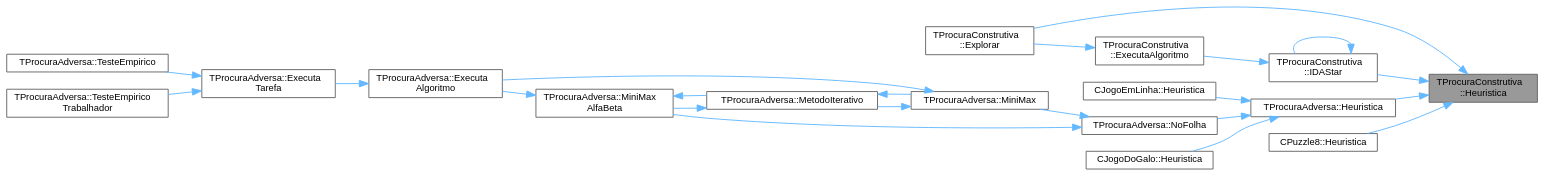
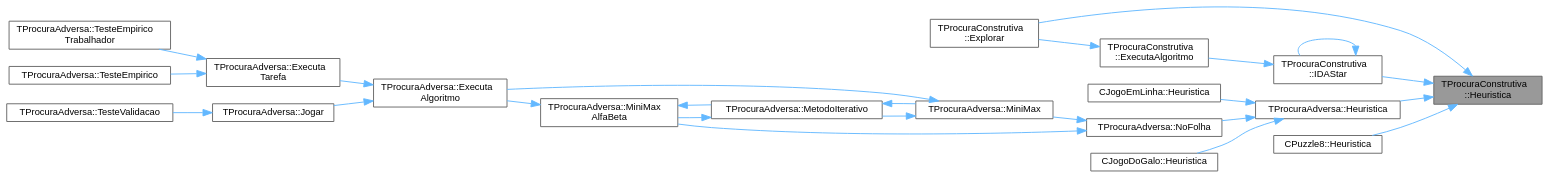
One commit to jcoelho72/TProcura changed the diagram in group__RedefinicaoSugerida_ga0e8bb1bd33683545dc4f8f6329548b40_icgraph.dot. Above: the diagram before and after it, drawn with Graphviz. The commit also changed 175 other files, not shown here.

```diff
--- a/group__RedefinicaoSugerida_ga0e8bb1bd33683545dc4f8f6329548b40_icgraph.dot
+++ b/group__RedefinicaoSugerida_ga0e8bb1bd33683545dc4f8f6329548b40_icgraph.dot
@@ -1,45 +1,49 @@
 digraph "TProcuraConstrutiva::Heuristica"
 {
  // LATEX_PDF_SIZE
   bgcolor="transparent";
   edge [fontname=Helvetica,fontsize=10,labelfontname=Helvetica,labelfontsize=10];
   node [fontname=Helvetica,fontsize=10,shape=box,height=0.2,width=0.4];
   rankdir="RL";
   Node1 [id="Node000001",label="TProcuraConstrutiva\l::Heuristica",height=0.2,width=0.4,color="gray40", fillcolor="grey60", style="filled", fontcolor="black",tooltip="Função para calcular quanto falta para o final, o valor da heurística."];
   Node1 -> Node2 [id="edge1_Node000001_Node000002",dir="back",color="steelblue1",style="solid",tooltip=" "];
   Node2 [id="Node000002",label="TProcuraConstrutiva\l::Explorar",height=0.2,width=0.4,color="grey40", fillcolor="white", style="filled",URL="$classTProcuraConstrutiva.html#a9d8202d80510018d01a9807f3852b59f",tooltip="definir para explorar manualmente os dados (não definido em TProcura, apenas em TProcuraConstrutiva)"];
   Node1 -> Node3 [id="edge2_Node000001_Node000003",dir="back",color="steelblue1",style="solid",tooltip=" "];
   Node3 [id="Node000003",label="TProcuraAdversa::Heuristica",height=0.2,width=0.4,color="grey40", fillcolor="white", style="filled",URL="$classTProcuraAdversa.html#a75e148ba0a922339333940828366aed6",tooltip="chamar após calcular a heurística (grava o valor, dependendo da parametrização)"];
   Node3 -> Node4 [id="edge3_Node000003_Node000004",dir="back",color="steelblue1",style="solid",tooltip=" "];
   Node4 [id="Node000004",label="CJogoDoGalo::Heuristica",height=0.2,width=0.4,color="grey40", fillcolor="white", style="filled",URL="$classCJogoDoGalo.html#a3563839d5ffc94973acee1a1783e3527",tooltip="Função para calcular quanto falta para o final, o valor da heurística."];
   Node3 -> Node5 [id="edge4_Node000003_Node000005",dir="back",color="steelblue1",style="solid",tooltip=" "];
   Node5 [id="Node000005",label="CJogoEmLinha::Heuristica",height=0.2,width=0.4,color="grey40", fillcolor="white", style="filled",URL="$classCJogoEmLinha.html#afe8d4a92e1840c1436c295c5a13760db",tooltip="Função para calcular quanto falta para o final, o valor da heurística."];
   Node3 -> Node6 [id="edge5_Node000003_Node000006",dir="back",color="steelblue1",style="solid",tooltip=" "];
   Node6 [id="Node000006",label="TProcuraAdversa::NoFolha",height=0.2,width=0.4,color="grey40", fillcolor="white", style="filled",URL="$classTProcuraAdversa.html#a01ed7d4718647eb52723ecffaf68aa4b",tooltip="fim da procura, por corte de nível (ou não haver sucessores), retornar heurística"];
   Node6 -> Node7 [id="edge6_Node000006_Node000007",dir="back",color="steelblue1",style="solid",tooltip=" "];
   Node7 [id="Node000007",label="TProcuraAdversa::MiniMax",height=0.2,width=0.4,color="grey40", fillcolor="white", style="filled",URL="$classTProcuraAdversa.html#a4d8542bcb03f17da8aa3038384104f24",tooltip="retorna o valor do estado actual, apos procura de profundidade nivel"];
   Node7 -> Node8 [id="edge7_Node000007_Node000008",dir="back",color="steelblue1",style="solid",tooltip=" "];
   Node8 [id="Node000008",label="TProcuraAdversa::Executa\lAlgoritmo",height=0.2,width=0.4,color="grey40", fillcolor="white", style="filled",URL="$classTProcuraAdversa.html#aff6f48defaa10c14d160ac3990fd029b",tooltip="Executa o algoritmo com os parametros atuais."];
   Node8 -> Node9 [id="edge8_Node000008_Node000009",dir="back",color="steelblue1",style="solid",tooltip=" "];
   Node9 [id="Node000009",label="TProcuraAdversa::Executa\lTarefa",height=0.2,width=0.4,color="grey40", fillcolor="white", style="filled",URL="$classTProcuraAdversa.html#aad206751268402eef355dd89415d1865",tooltip="Executa uma tarefa num teste empírico."];
   Node9 -> Node10 [id="edge9_Node000009_Node000010",dir="back",color="steelblue1",style="solid",tooltip=" "];
   Node10 [id="Node000010",label="TProcuraAdversa::TesteEmpirico",height=0.2,width=0.4,color="grey40", fillcolor="white", style="filled",URL="$classTProcuraAdversa.html#a80cd0f481e853ad9ef5625c6ff4dcc66",tooltip="Executa testes empíricos, em todas as configurações guardadas, nas instâncias selecionadas."];
   Node9 -> Node11 [id="edge10_Node000009_Node000011",dir="back",color="steelblue1",style="solid",tooltip=" "];
   Node11 [id="Node000011",label="TProcuraAdversa::TesteEmpirico\lTrabalhador",height=0.2,width=0.4,color="grey40", fillcolor="white", style="filled",URL="$classTProcuraAdversa.html#a46ecfb296c4c5b12397871f1d3a7f7b8",tooltip="Teste empírico com modo mestre-escravo (este é o escravo)"];
-  Node7 -> Node12 [id="edge11_Node000007_Node000012",dir="back",color="steelblue1",style="solid",tooltip=" "];
-  Node12 [id="Node000012",label="TProcuraAdversa::MetodoIterativo",height=0.2,width=0.4,color="grey40", fillcolor="white", style="filled",URL="$classTProcuraAdversa.html#a7c4153974c32753901326271fee90197",tooltip="iteração, aumentando o nível progressivamente"];
-  Node12 -> Node7 [id="edge12_Node000012_Node000007",dir="back",color="steelblue1",style="solid",tooltip=" "];
-  Node12 -> Node13 [id="edge13_Node000012_Node000013",dir="back",color="steelblue1",style="solid",tooltip=" "];
-  Node13 [id="Node000013",label="TProcuraAdversa::MiniMax\lAlfaBeta",height=0.2,width=0.4,color="grey40", fillcolor="white", style="filled",URL="$classTProcuraAdversa.html#adb3f857b1c8b3ee26682e335dc6ed601",tooltip="retorna o valor do estado actual, apos procura de profundidade nivel. Idêntico a MiniMax"];
-  Node13 -> Node8 [id="edge14_Node000013_Node000008",dir="back",color="steelblue1",style="solid",tooltip=" "];
-  Node13 -> Node12 [id="edge15_Node000013_Node000012",dir="back",color="steelblue1",style="solid",tooltip=" "];
-  Node6 -> Node13 [id="edge16_Node000006_Node000013",dir="back",color="steelblue1",style="solid",tooltip=" "];
-  Node1 -> Node14 [id="edge17_Node000001_Node000014",dir="back",color="steelblue1",style="solid",tooltip=" "];
-  Node14 [id="Node000014",label="CPuzzle8::Heuristica",height=0.2,width=0.4,color="grey40", fillcolor="white", style="filled",URL="$classCPuzzle8.html#a273bc37daab41bce1aab45517e800d27",tooltip="Função para calcular quanto falta para o final, o valor da heurística."];
-  Node1 -> Node15 [id="edge18_Node000001_Node000015",dir="back",color="steelblue1",style="solid",tooltip=" "];
-  Node15 [id="Node000015",label="TProcuraConstrutiva\l::IDAStar",height=0.2,width=0.4,color="grey40", fillcolor="white", style="filled",URL="$group__ProcurasInformadas.html#gae77f9608e7988052377d7025bee7c4e8",tooltip="Executa a procura IDA*, algoritmo informado."];
-  Node15 -> Node16 [id="edge19_Node000015_Node000016",dir="back",color="steelblue1",style="solid",tooltip=" "];
-  Node16 [id="Node000016",label="TProcuraConstrutiva\l::ExecutaAlgoritmo",height=0.2,width=0.4,color="grey40", fillcolor="white", style="filled",URL="$group__RedefinicaoOpcional.html#gae52871eb18c8ae656a2174acf43b3bb3",tooltip="Executa o algoritmo com os parametros atuais."];
-  Node16 -> Node2 [id="edge20_Node000016_Node000002",dir="back",color="steelblue1",style="solid",tooltip=" "];
-  Node15 -> Node15 [id="edge21_Node000015_Node000015",dir="back",color="steelblue1",style="solid",tooltip=" "];
+  Node8 -> Node12 [id="edge11_Node000008_Node000012",dir="back",color="steelblue1",style="solid",tooltip=" "];
+  Node12 [id="Node000012",label="TProcuraAdversa::Jogar",height=0.2,width=0.4,color="grey40", fillcolor="white", style="filled",URL="$classTProcuraAdversa.html#acddde96eeb7950c83032b5c4d16560e8",tooltip=" "];
+  Node12 -> Node13 [id="edge12_Node000012_Node000013",dir="back",color="steelblue1",style="solid",tooltip=" "];
+  Node13 [id="Node000013",label="TProcuraAdversa::TesteValidacao",height=0.2,width=0.4,color="grey40", fillcolor="white", style="filled",URL="$classTProcuraAdversa.html#a3ed3f97aa1c4881d7e4275b86317fd58",tooltip="Executa testes de validação, executando cada solução na instância respetiva, e verificando a sua vali..."];
+  Node7 -> Node14 [id="edge13_Node000007_Node000014",dir="back",color="steelblue1",style="solid",tooltip=" "];
+  Node14 [id="Node000014",label="TProcuraAdversa::MetodoIterativo",height=0.2,width=0.4,color="grey40", fillcolor="white", style="filled",URL="$classTProcuraAdversa.html#a7c4153974c32753901326271fee90197",tooltip="iteração, aumentando o nível progressivamente"];
+  Node14 -> Node7 [id="edge14_Node000014_Node000007",dir="back",color="steelblue1",style="solid",tooltip=" "];
+  Node14 -> Node15 [id="edge15_Node000014_Node000015",dir="back",color="steelblue1",style="solid",tooltip=" "];
+  Node15 [id="Node000015",label="TProcuraAdversa::MiniMax\lAlfaBeta",height=0.2,width=0.4,color="grey40", fillcolor="white", style="filled",URL="$classTProcuraAdversa.html#adb3f857b1c8b3ee26682e335dc6ed601",tooltip="retorna o valor do estado actual, apos procura de profundidade nivel. Idêntico a MiniMax"];
+  Node15 -> Node8 [id="edge16_Node000015_Node000008",dir="back",color="steelblue1",style="solid",tooltip=" "];
+  Node15 -> Node14 [id="edge17_Node000015_Node000014",dir="back",color="steelblue1",style="solid",tooltip=" "];
+  Node6 -> Node15 [id="edge18_Node000006_Node000015",dir="back",color="steelblue1",style="solid",tooltip=" "];
+  Node1 -> Node16 [id="edge19_Node000001_Node000016",dir="back",color="steelblue1",style="solid",tooltip=" "];
+  Node16 [id="Node000016",label="CPuzzle8::Heuristica",height=0.2,width=0.4,color="grey40", fillcolor="white", style="filled",URL="$classCPuzzle8.html#a273bc37daab41bce1aab45517e800d27",tooltip="Função para calcular quanto falta para o final, o valor da heurística."];
+  Node1 -> Node17 [id="edge20_Node000001_Node000017",dir="back",color="steelblue1",style="solid",tooltip=" "];
+  Node17 [id="Node000017",label="TProcuraConstrutiva\l::IDAStar",height=0.2,width=0.4,color="grey40", fillcolor="white", style="filled",URL="$group__ProcurasInformadas.html#gae77f9608e7988052377d7025bee7c4e8",tooltip="Executa a procura IDA*, algoritmo informado."];
+  Node17 -> Node18 [id="edge21_Node000017_Node000018",dir="back",color="steelblue1",style="solid",tooltip=" "];
+  Node18 [id="Node000018",label="TProcuraConstrutiva\l::ExecutaAlgoritmo",height=0.2,width=0.4,color="grey40", fillcolor="white", style="filled",URL="$group__RedefinicaoOpcional.html#gae52871eb18c8ae656a2174acf43b3bb3",tooltip="Executa o algoritmo com os parametros atuais."];
+  Node18 -> Node2 [id="edge22_Node000018_Node000002",dir="back",color="steelblue1",style="solid",tooltip=" "];
+  Node17 -> Node17 [id="edge23_Node000017_Node000017",dir="back",color="steelblue1",style="solid",tooltip=" "];
 }
```
